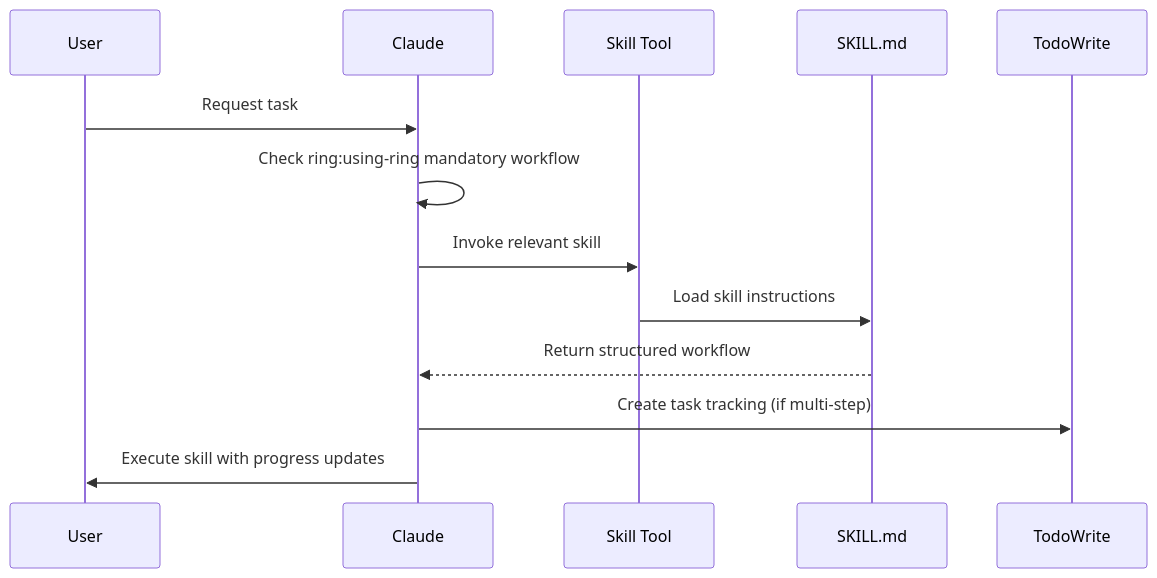
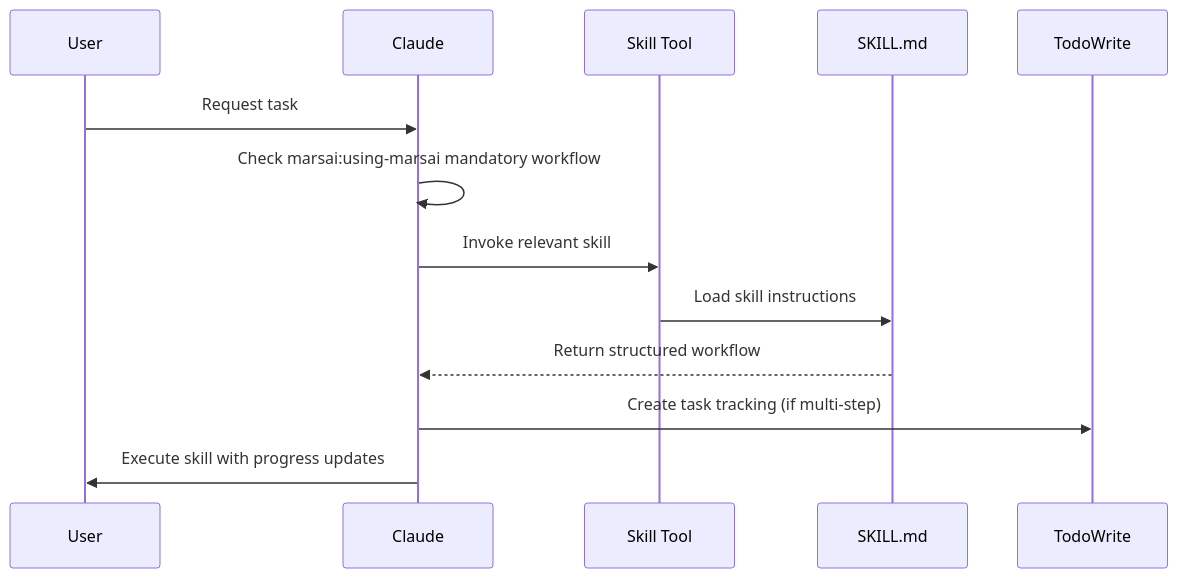
The second of 3 diagrams in ARCHITECTURE.md (rodrigodh/ring), drawn with Mermaid before and after one commit. The commit also changed other lines of this file and 203 other files, not shown here.

````diff
--- a/ARCHITECTURE.md
+++ b/ARCHITECTURE.md
@@ -343,16 +343,16 @@
 ```mermaid
 sequenceDiagram
     participant User
     participant Claude
     participant Skill Tool
     participant SKILL.md
     participant TodoWrite
 
     User->>Claude: Request task
-    Claude->>Claude: Check ring:using-ring mandatory workflow
+    Claude->>Claude: Check marsai:using-marsai mandatory workflow
     Claude->>Skill Tool: Invoke relevant skill
     Skill Tool->>SKILL.md: Load skill instructions
     SKILL.md-->>Claude: Return structured workflow
     Claude->>TodoWrite: Create task tracking (if multi-step)
     Claude->>User: Execute skill with progress updates
 ```
````
